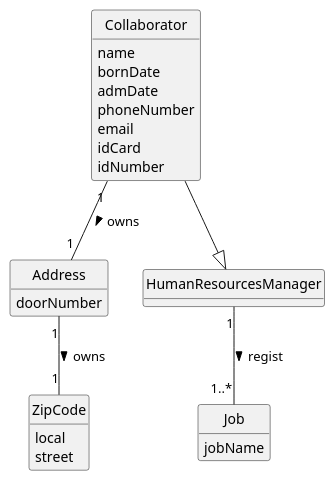
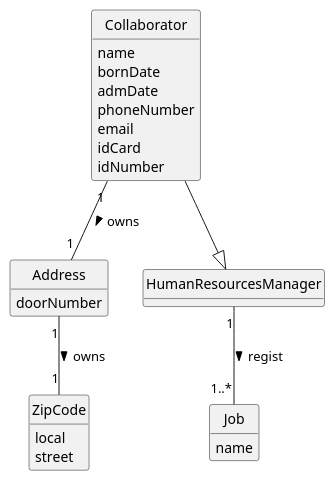
Before and after one commit to 1231360-ISEP/lei-24-s2-1db-g021: the diagram in docs/sprint2/us002/02.analysis/puml/us002-domain-model.puml, drawn with PlantUML. The commit also changed 36 other files, not shown here.

Commit message:
Update Domain Model All User Stories - correction of skillName - name jobName - name

```diff
--- a/docs/sprint2/us002/02.analysis/puml/us002-domain-model.puml
+++ b/docs/sprint2/us002/02.analysis/puml/us002-domain-model.puml
@@ -1,42 +1,42 @@
 @startuml
 skinparam monochrome true
 skinparam packageStyle rectangle
 skinparam shadowing false
 
 skinparam classAttributeIconSize 0
 
 hide circle
 hide methods
 
 class Collaborator {
     name
     bornDate
     admDate
     phoneNumber
     email
     idCard
     idNumber
 }
 
 class Address {
     doorNumber
 }
 
 class ZipCode {
     local
     street
 }
 
 class HumanResourcesManager {}
 
 class Job {
-    jobName
+    name
 }
 
 
 Collaborator --|> HumanResourcesManager
 HumanResourcesManager "1" -- "1..*" Job : regist >
 Collaborator "1" -- "1" Address: owns >
 Address "1" -- "1" ZipCode : owns >
 
 @enduml
```
